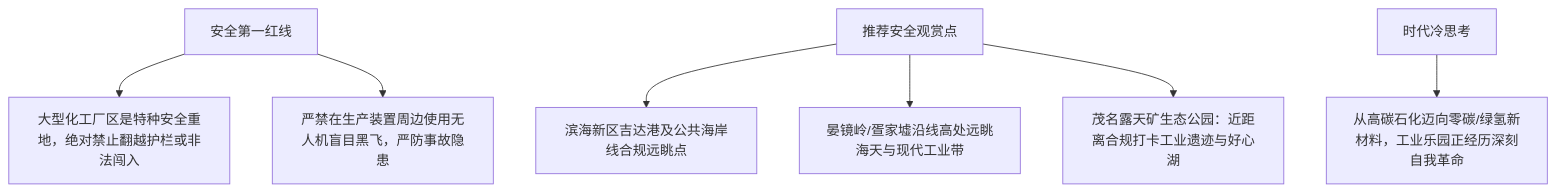
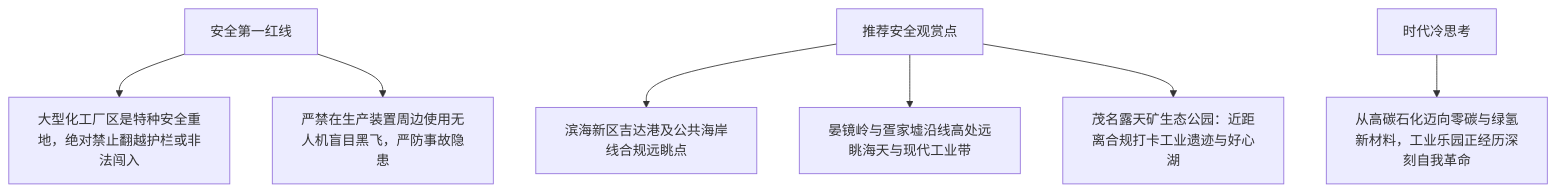
Before and after one commit to leafcxy/leafcxy.github.io: the fourth of 4 diagrams in content/posts/2026-11-21-maoming-industrial-disneyland.md, drawn with Mermaid. The commit also changed other lines of this file, not shown here.

Commit message:
fix: 修复茂名工业文章中 mermaid 的 subgraph 格式与标签引号转义问题

````diff
--- a/content/posts/2026-11-21-maoming-industrial-disneyland.md
+++ b/content/posts/2026-11-21-maoming-industrial-disneyland.md
@@ -135,9 +135,9 @@
 ```mermaid
 flowchart TD
     Rule1["安全第一红线"] --> R1A["大型化工厂区是特种安全重地，绝对禁止翻越护栏或非法闯入"]
     Rule1 --> R1B["严禁在生产装置周边使用无人机盲目黑飞，严防事故隐患"]
     Rule2["推荐安全观赏点"] --> R2A["滨海新区吉达港及公共海岸线合规远眺点"]
-    Rule2 --> R2B["晏镜岭/疍家墟沿线高处远眺海天与现代工业带"]
+    Rule2 --> R2B["晏镜岭与疍家墟沿线高处远眺海天与现代工业带"]
     Rule2 --> R2C["茂名露天矿生态公园：近距离合规打卡工业遗迹与好心湖"]
-    Rule3["时代冷思考"] --> R3A["从高碳石化迈向零碳/绿氢新材料，工业乐园正经历深刻自我革命"]
+    Rule3["时代冷思考"] --> R3A["从高碳石化迈向零碳与绿氢新材料，工业乐园正经历深刻自我革命"]
 ```
````
